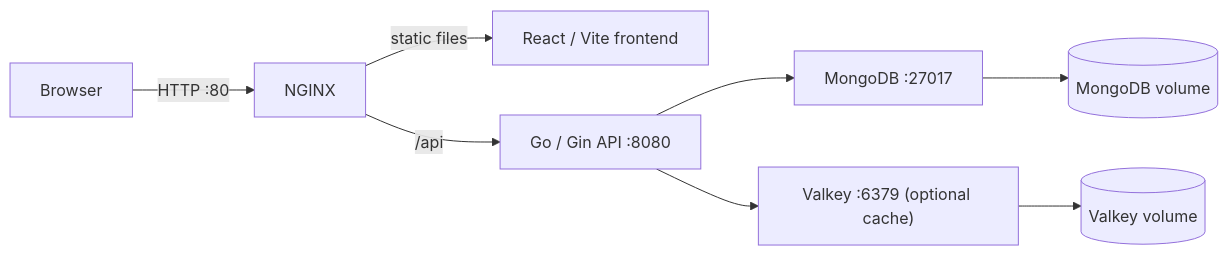
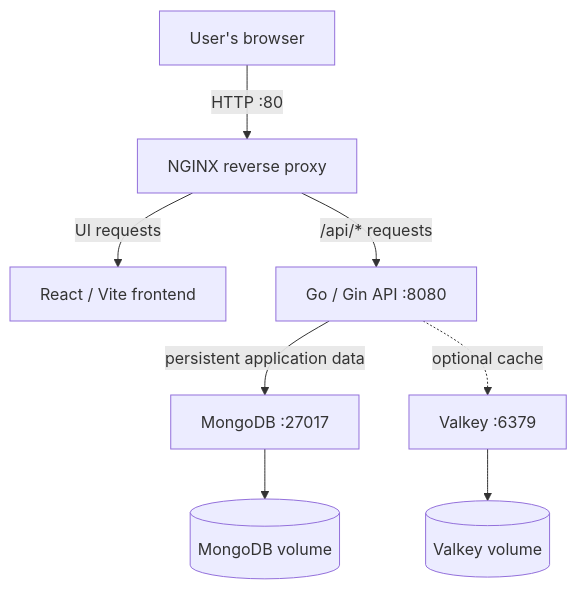
One commit to mahingaRodin/projecthub-platform changed the first of 2 diagrams in README.md. Above: the diagram before and after it, drawn with Mermaid. The commit also changed other lines of this file, not shown here.

Commit message:
docs: clarify ProjectHub deployment URLs and flows

````diff
--- a/README.md
+++ b/README.md
@@ -44,10 +45,10 @@
 ```mermaid
-flowchart LR
-    Browser -->|HTTP :80| NGINX
-    NGINX -->|static files| Vite["React / Vite frontend"]
-    NGINX -->|/api| API["Go / Gin API :8080"]
-    API --> MongoDB["MongoDB :27017"]
-    API --> Valkey["Valkey :6379 (optional cache)"]
-    MongoDB --> MongoVolume[(MongoDB volume)]
-    Valkey --> ValkeyVolume[(Valkey volume)]
+flowchart TD
+    User["User's browser"] -->|HTTP :80| NGINX["NGINX reverse proxy"]
+    NGINX -->|UI requests| Frontend["React / Vite frontend"]
+    NGINX -->|/api/* requests| API["Go / Gin API :8080"]
+    API -->|persistent application data| MongoDB["MongoDB :27017"]
+    MongoDB --> MongoVolume[("MongoDB volume")]
+    API -.->|optional cache| Valkey["Valkey :6379"]
+    Valkey --> ValkeyVolume[("Valkey volume")]
 ```
````
